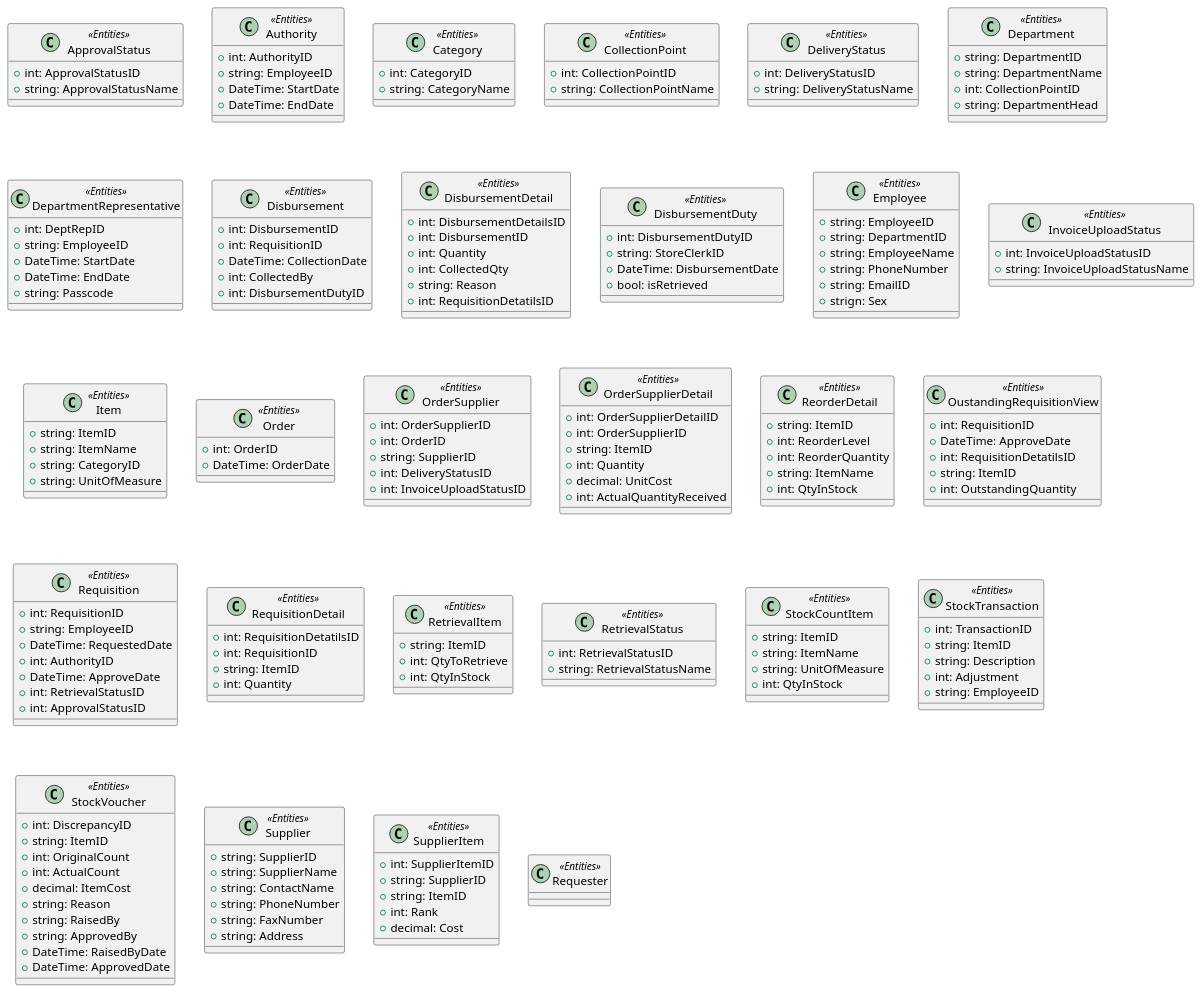
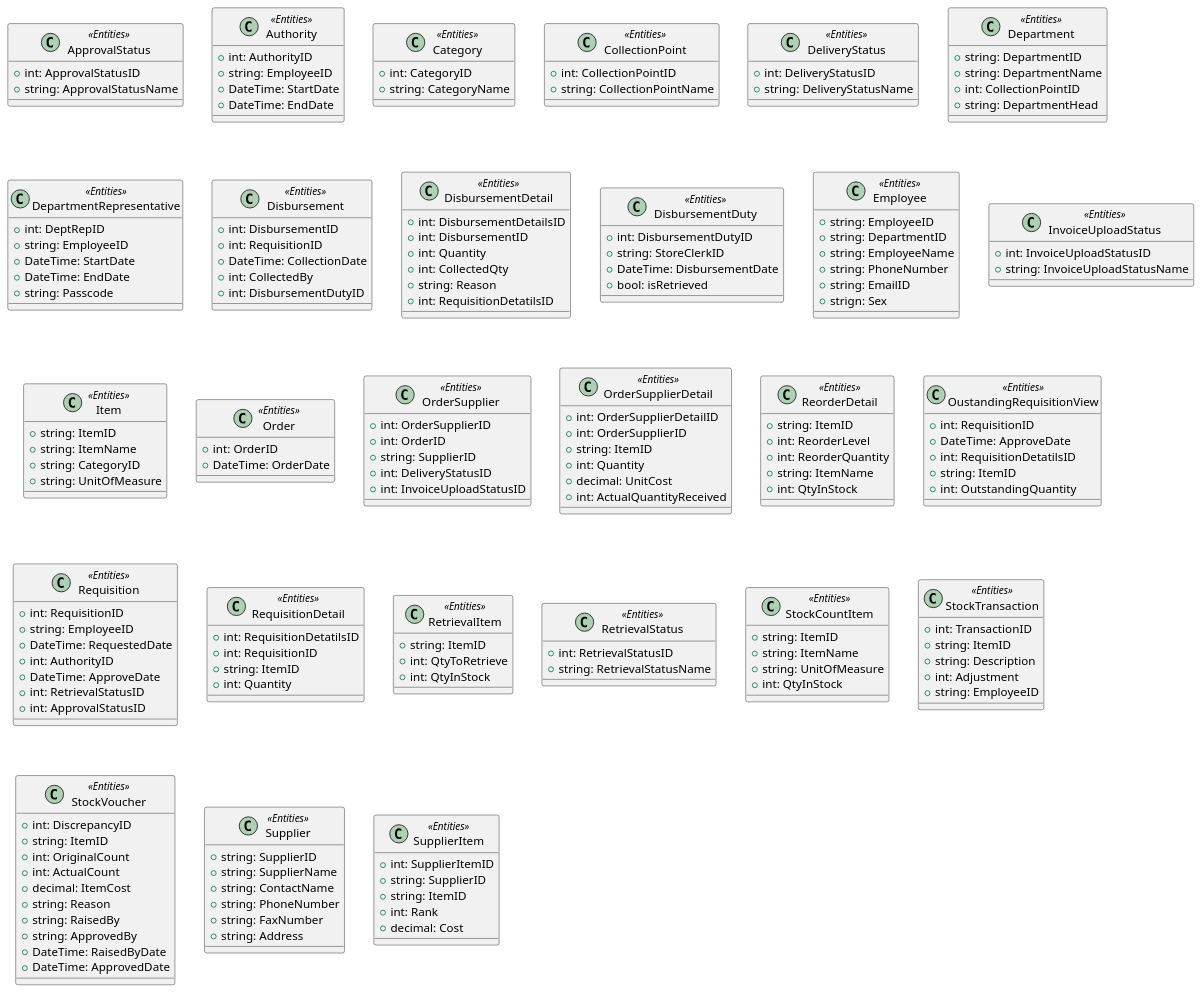
Before and after one commit to SA46Team5a/AD---ClassAndSequenceDiagram: the first of 2 diagrams in Entities.wsd, drawn with PlantUML. The commit also changed 21 other files, not shown here.

Commit message:
Added UseCase class diagrams

```diff
--- a/Entities.wsd
+++ b/Entities.wsd
@@ -198,9 +198,7 @@
 +string: ItemID
 +int: Rank
 +decimal: Cost
+
 }
 
-Class Requester <<Entities>> {
-
-}
 @enduml
```
